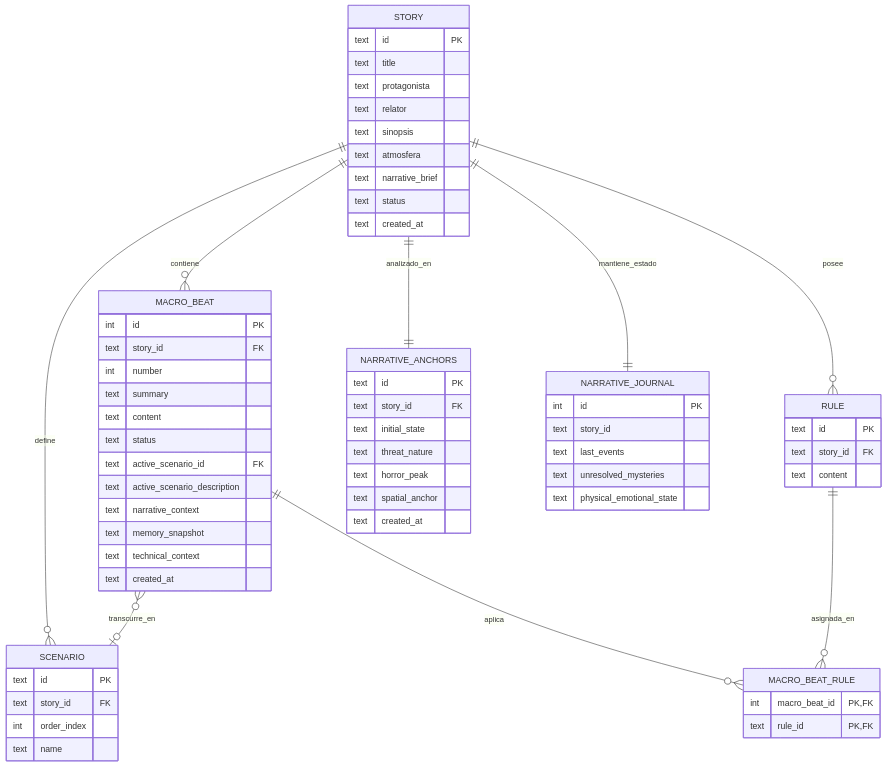
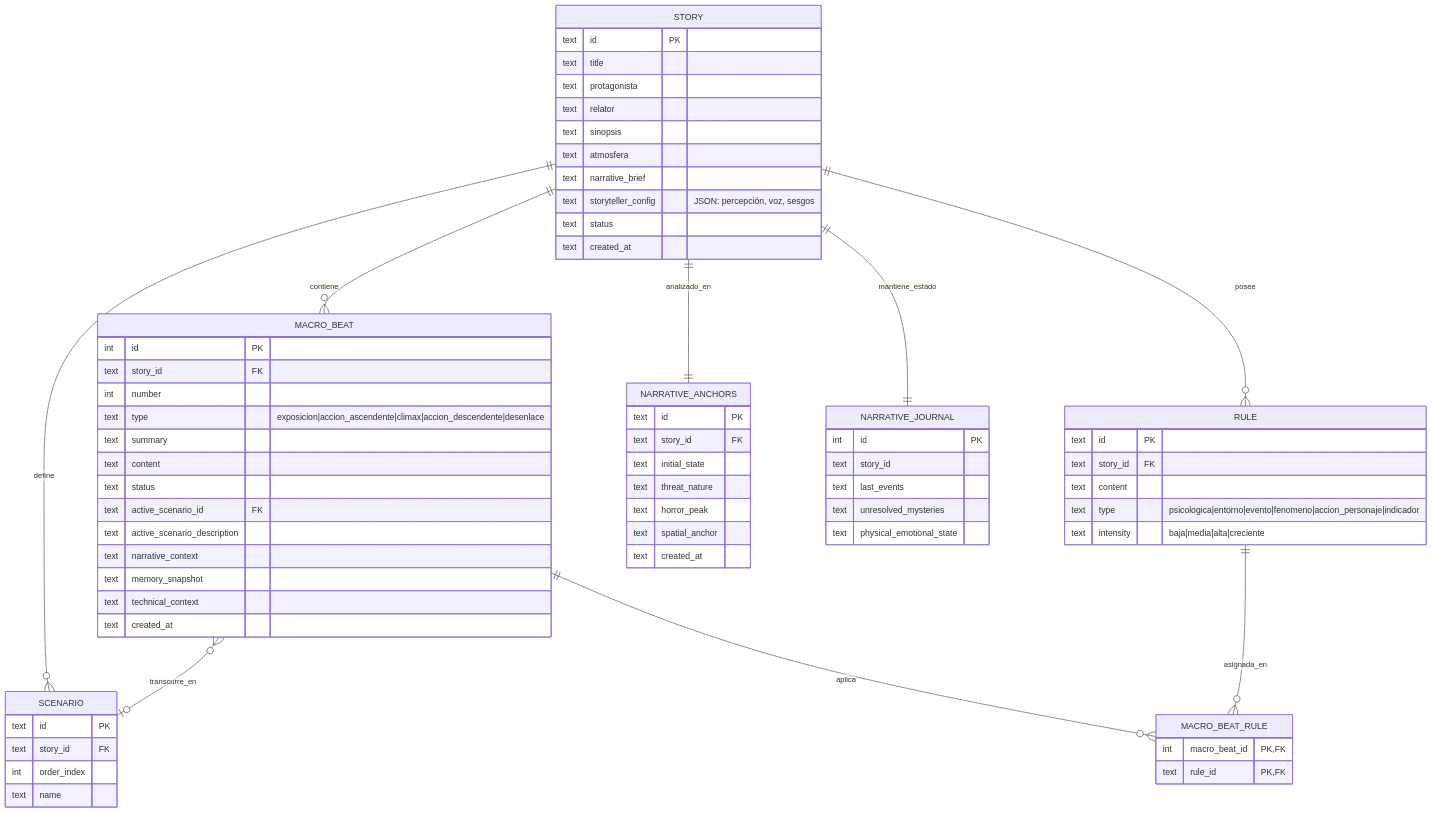
The fourth of 4 diagrams in README.md (rledesma912/automated_narrative), drawn with Mermaid before and after one commit. The commit also changed other lines of this file and 130 other files, not shown here.

````diff
--- a/README.md
+++ b/README.md
@@ -184,75 +228,79 @@
 ```mermaid
 erDiagram
     STORY ||--o{ MACRO_BEAT : contiene
     STORY ||--o{ SCENARIO : define
     STORY ||--o{ RULE : posee
     STORY ||--|| NARRATIVE_ANCHORS : analizado_en
     STORY ||--|| NARRATIVE_JOURNAL : mantiene_estado
     
     MACRO_BEAT }o--o| SCENARIO : transcurre_en
     MACRO_BEAT ||--o{ MACRO_BEAT_RULE : aplica
     RULE ||--o{ MACRO_BEAT_RULE : asignada_en
 
     STORY {
         text id PK
         text title
         text protagonista
         text relator
         text sinopsis
         text atmosfera
         text narrative_brief
+        text storyteller_config "JSON: percepción, voz, sesgos"
         text status
         text created_at
     }
 
     RULE {
         text id PK
         text story_id FK
         text content
+        text type "psicologica|entorno|evento|fenomeno|accion_personaje|indicador"
+        text intensity "baja|media|alta|creciente"
     }
 
     SCENARIO {
         text id PK
         text story_id FK
         int order_index
         text name
     }
 
     NARRATIVE_ANCHORS {
         text id PK
         text story_id FK
         text initial_state
         text threat_nature
         text horror_peak
         text spatial_anchor
         text created_at
     }
 
     MACRO_BEAT {
         int id PK
         text story_id FK
         int number
+        text type "exposicion|accion_ascendente|climax|accion_descendente|desenlace"
         text summary
         text content
         text status
         text active_scenario_id FK
         text active_scenario_description
         text narrative_context
         text memory_snapshot
         text technical_context
         text created_at
     }
 
     MACRO_BEAT_RULE {
         int macro_beat_id PK, FK
         text rule_id PK, FK
     }
 
     NARRATIVE_JOURNAL {
         int id PK
         text story_id
         text last_events
         text unresolved_mysteries
         text physical_emotional_state
     }
 ```
````
